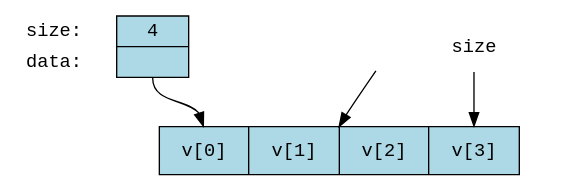
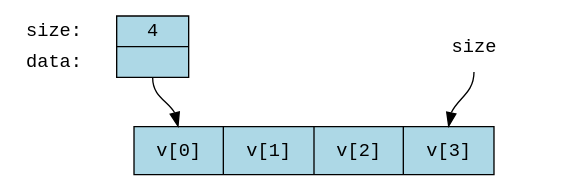
The first of 2 diagrams in _sources/string+vector/vector.rst (townmath/cisp400-reader), drawn with Graphviz before and after one commit. The commit also changed other lines of this file, not shown here.

Commit message:
tweak graphs

```diff
--- a/_sources/string+vector/vector.rst
+++ b/_sources/string+vector/vector.rst
@@ -127,28 +127,27 @@
 .. graphviz:: 
 
    digraph {
    node [
         fontname = "Courier"
         fontsize = 14
         shape = "record"
         style=filled
         fillcolor=lightblue
      ]
      names [ 
         color = white;
         fillcolor=white;
         label = "{size: | <f0> data: }";
      ]
      struct [
         label = "{4 | <f0> }";
      ]
      node [shape=record, color=black, fontcolor=black, fillcolor=white, width=3.75, fixedsize=true];
      labels [label="<f0> | <f4> size", color=white];
      values [label="<f0> v[0] | <f1> v[1] | <f2> v[2] | <f3> v[3]", 
              color=black, fillcolor=lightblue, style=filled];
      edge [color=black];
      struct:f0:s -> values:f0;
      labels:f4 -> values:f3;
-     labels:f5 -> values:f5;
      {rank=same; struct,labels};
    }
```
